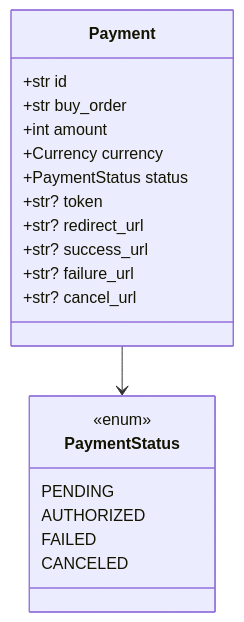
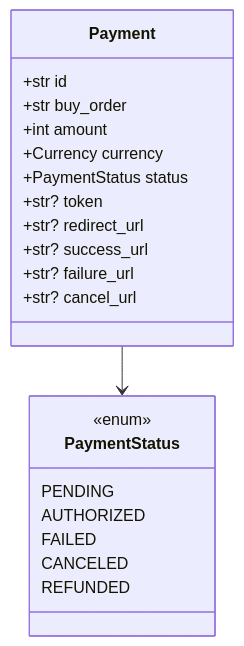
The second of 6 diagrams in README.md (carlosSepher/ninja-payments-api), drawn with Mermaid before and after one commit. The commit also changed other lines of this file and 10 other files, not shown here.

````diff
--- a/README.md
+++ b/README.md
@@ -90,23 +90,24 @@
 ```mermaid
 classDiagram
   class Payment {
     +str id
     +str buy_order
     +int amount
     +Currency currency
     +PaymentStatus status
     +str? token
     +str? redirect_url
     +str? success_url
     +str? failure_url
     +str? cancel_url
   }
   class PaymentStatus {
     <<enum>>
     PENDING
     AUTHORIZED
     FAILED
     CANCELED
+    REFUNDED
   }
   Payment --> PaymentStatus
 ```
````
